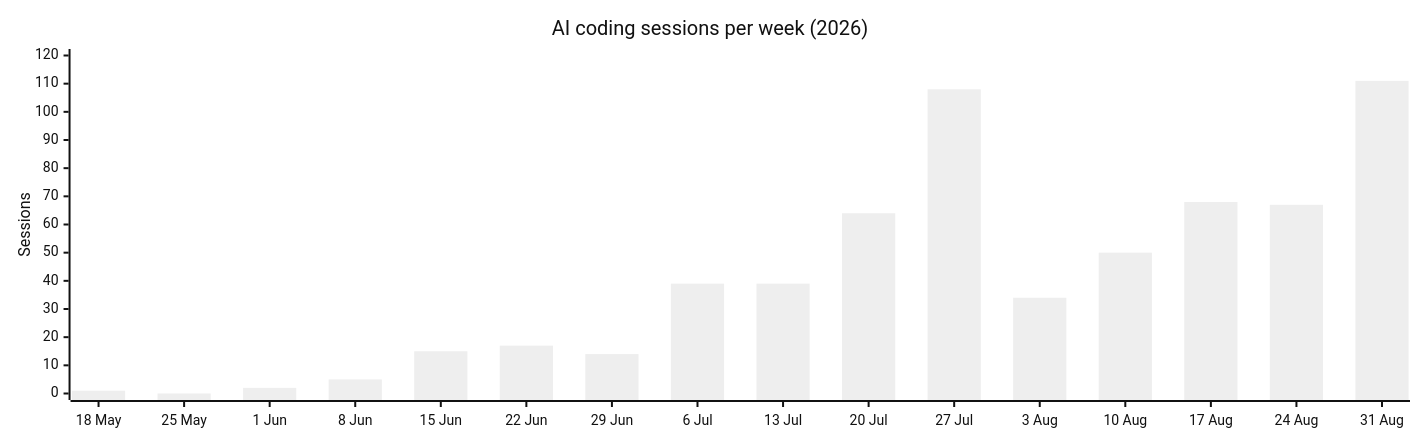
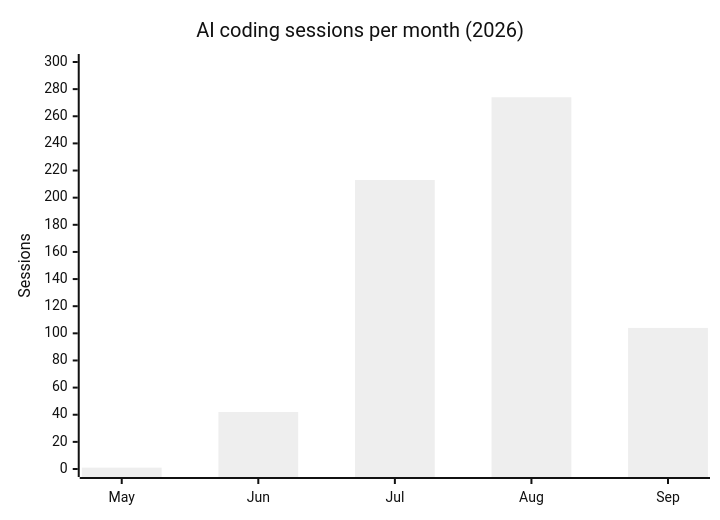
The diagram in VIBE-CODING.md (loryanstrant/loryanstrant), drawn with Mermaid (neutral theme) before and after one commit. The commit also changed other lines of this file, not shown here.

Commit message:
chore: sessions chart month by month (GitHub cannot widen a Mermaid chart)

````diff
--- a/VIBE-CODING.md
+++ b/VIBE-CODING.md
@@ -12,8 +12,7 @@
 ```mermaid
-%%{init: {"xyChart": {"width": 1400, "height": 420}} }%%
 xychart-beta
-    title "AI coding sessions per week (2026)"
-    x-axis ["18 May", "25 May", "1 Jun", "8 Jun", "15 Jun", "22 Jun", "29 Jun", "6 Jul", "13 Jul", "20 Jul", "27 Jul", "3 Aug", "10 Aug", "17 Aug", "24 Aug", "31 Aug"]
-    y-axis "Sessions" 0 --> 120
-    bar [1, 0, 2, 5, 15, 17, 14, 39, 39, 64, 108, 34, 50, 68, 67, 111]
+    title "AI coding sessions per month (2026)"
+    x-axis ["May", "Jun", "Jul", "Aug", "Sep"]
+    y-axis "Sessions" 0 --> 300
+    bar [1, 42, 213, 274, 104]
 ```
````
